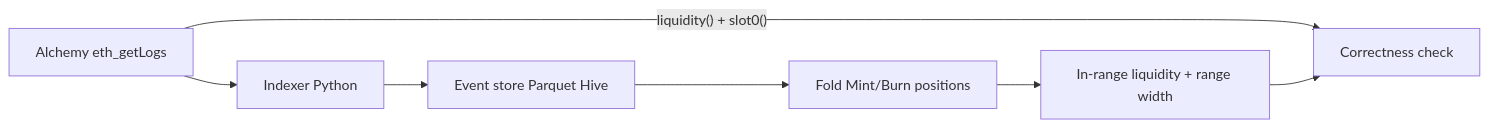
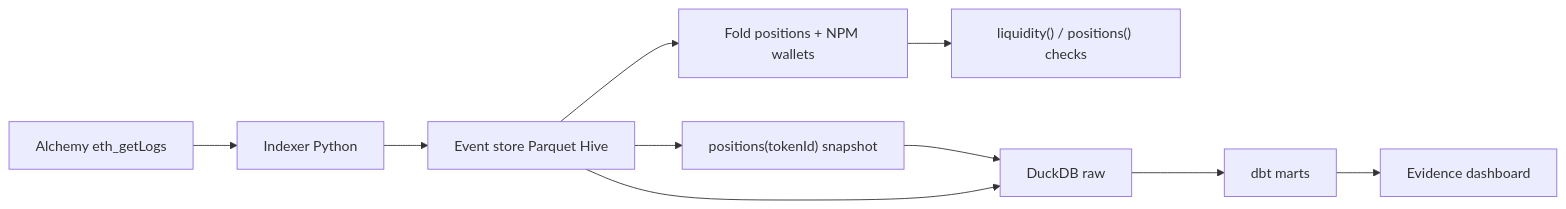
Before and after one commit to marioespinosaperales/lp-history-reconstructor: the diagram in README.md, drawn with Mermaid. The commit also changed other lines of this file and 37 other files, not shown here.

First line of the commit message:
feat: fees and IL vs HODL marts by range width with Evidence

````diff
--- a/README.md
+++ b/README.md
@@ -6,9 +7,12 @@
 ```mermaid
 flowchart LR
     alchemy["Alchemy eth_getLogs"] --> indexer["Indexer Python"]
     indexer --> parquet["Event store Parquet Hive"]
-    parquet --> fold["Fold Mint/Burn positions"]
-    fold --> state["In-range liquidity + range width"]
-    alchemy -->|"liquidity() + slot0()"| verify["Correctness check"]
-    state --> verify
+    parquet --> fold["Fold positions + NPM wallets"]
+    fold --> verify["liquidity() / positions() checks"]
+    parquet --> snap["positions(tokenId) snapshot"]
+    snap --> duck["DuckDB raw"]
+    parquet --> duck
+    duck --> dbt["dbt marts"]
+    dbt --> evidence["Evidence dashboard"]
 ```
````
